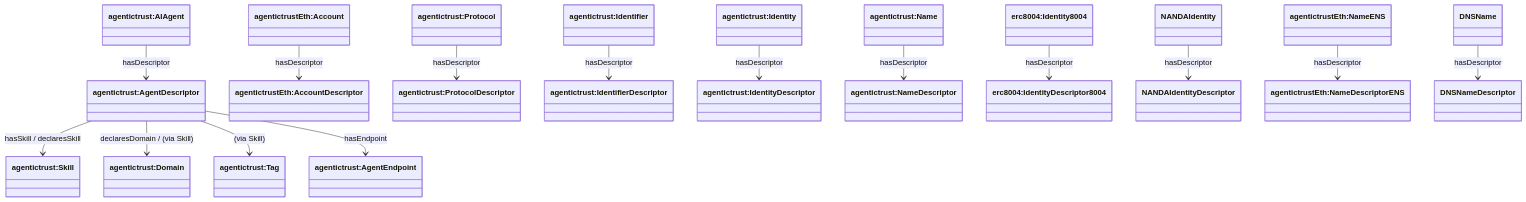
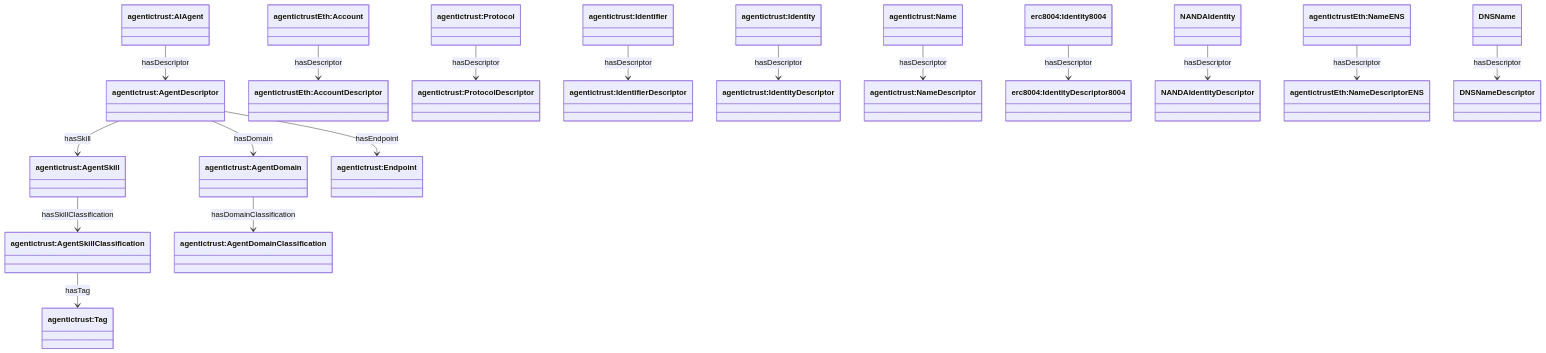
The diagram in docs/ontology/discovery.md (Agentic-Trust-Layer/agent-explorer), drawn with Mermaid before and after one commit. The commit also changed other lines of this file and 27 other files, not shown here.

````diff
--- a/docs/ontology/discovery.md
+++ b/docs/ontology/discovery.md
@@ -49,47 +49,51 @@
 ```mermaid
 classDiagram
 direction TB
 
 class AIAgent["agentictrust:AIAgent"]
 class Account["agentictrustEth:Account"]
 class Protocol["agentictrust:Protocol"]
 class Identifier["agentictrust:Identifier"]
 class Identity["agentictrust:Identity"]
 class Name["agentictrust:Name"]
 class Identity8004["erc8004:Identity8004"]
 class NANDAIdentity["NANDAIdentity"]
 class NameENS["agentictrustEth:NameENS"]
 class DNSName["DNSName"]
 
 class AgentDescriptor["agentictrust:AgentDescriptor"]
 class AccountDescriptor["agentictrustEth:AccountDescriptor"]
 class ProtocolDescriptor["agentictrust:ProtocolDescriptor"]
 class IdentifierDescriptor["agentictrust:IdentifierDescriptor"]
 class IdentityDescriptor["agentictrust:IdentityDescriptor"]
 class NameDescriptor["agentictrust:NameDescriptor"]
 class Identity8004Descriptor["erc8004:IdentityDescriptor8004"]
 class NANDAIdentityDescriptor["NANDAIdentityDescriptor"]
 class NameDescriptorENS["agentictrustEth:NameDescriptorENS"]
 class DNSNameDescriptor["DNSNameDescriptor"]
 
-class Skill["agentictrust:Skill"]
-class Domain["agentictrust:Domain"]
+class AgentSkill["agentictrust:AgentSkill"]
+class AgentSkillClassification["agentictrust:AgentSkillClassification"]
+class AgentDomain["agentictrust:AgentDomain"]
+class AgentDomainClassification["agentictrust:AgentDomainClassification"]
 class Tag["agentictrust:Tag"]
-class Endpoint["agentictrust:AgentEndpoint"]
+class Endpoint["agentictrust:Endpoint"]
 
 AIAgent --> AgentDescriptor : hasDescriptor
 Account --> AccountDescriptor : hasDescriptor
 Protocol --> ProtocolDescriptor : hasDescriptor
 Identifier --> IdentifierDescriptor : hasDescriptor
 Identity --> IdentityDescriptor : hasDescriptor
 Name --> NameDescriptor : hasDescriptor
 Identity8004 --> Identity8004Descriptor : hasDescriptor
 NANDAIdentity --> NANDAIdentityDescriptor : hasDescriptor
 NameENS --> NameDescriptorENS : hasDescriptor
 DNSName --> DNSNameDescriptor : hasDescriptor
 
-AgentDescriptor --> Skill : hasSkill / declaresSkill
-AgentDescriptor --> Domain : declaresDomain / (via Skill)
-AgentDescriptor --> Tag : (via Skill)
+AgentDescriptor --> AgentSkill : hasSkill
+AgentSkill --> AgentSkillClassification : hasSkillClassification
+AgentDescriptor --> AgentDomain : hasDomain
+AgentDomain --> AgentDomainClassification : hasDomainClassification
+AgentSkillClassification --> Tag : hasTag
 AgentDescriptor --> Endpoint : hasEndpoint
 ```
````
